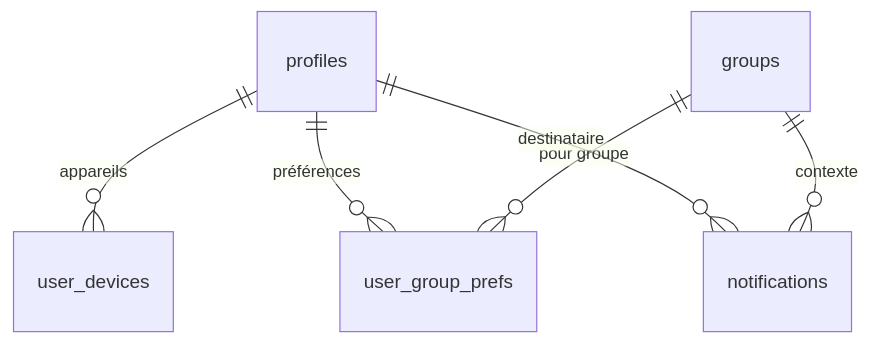
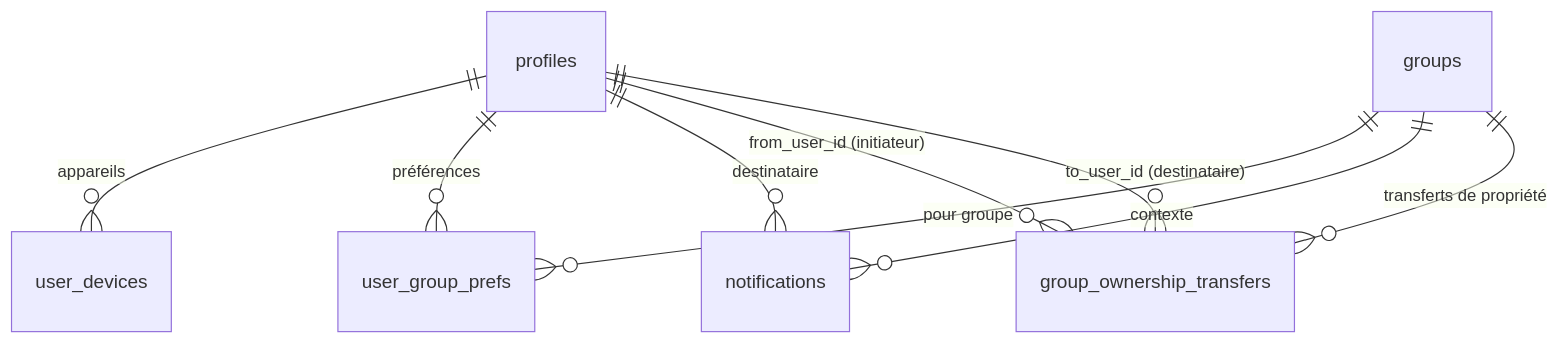
The third of 5 diagrams in README.md (Adrien490/jimboa), drawn with Mermaid before and after one commit. The commit also changed other lines of this file and 1 other file, not shown here.

````diff
--- a/README.md
+++ b/README.md
@@ -165,8 +165,11 @@
 ```mermaid
 erDiagram
     profiles ||--o{ user_devices : "appareils"
     profiles ||--o{ user_group_prefs : "préférences"
     groups ||--o{ user_group_prefs : "pour groupe"
     profiles ||--o{ notifications : "destinataire"
     groups ||--o{ notifications : "contexte"
+    groups ||--o{ group_ownership_transfers : "transferts de propriété"
+    profiles ||--o{ group_ownership_transfers : "from_user_id (initiateur)"
+    profiles ||--o{ group_ownership_transfers : "to_user_id (destinataire)"
 ```
````
